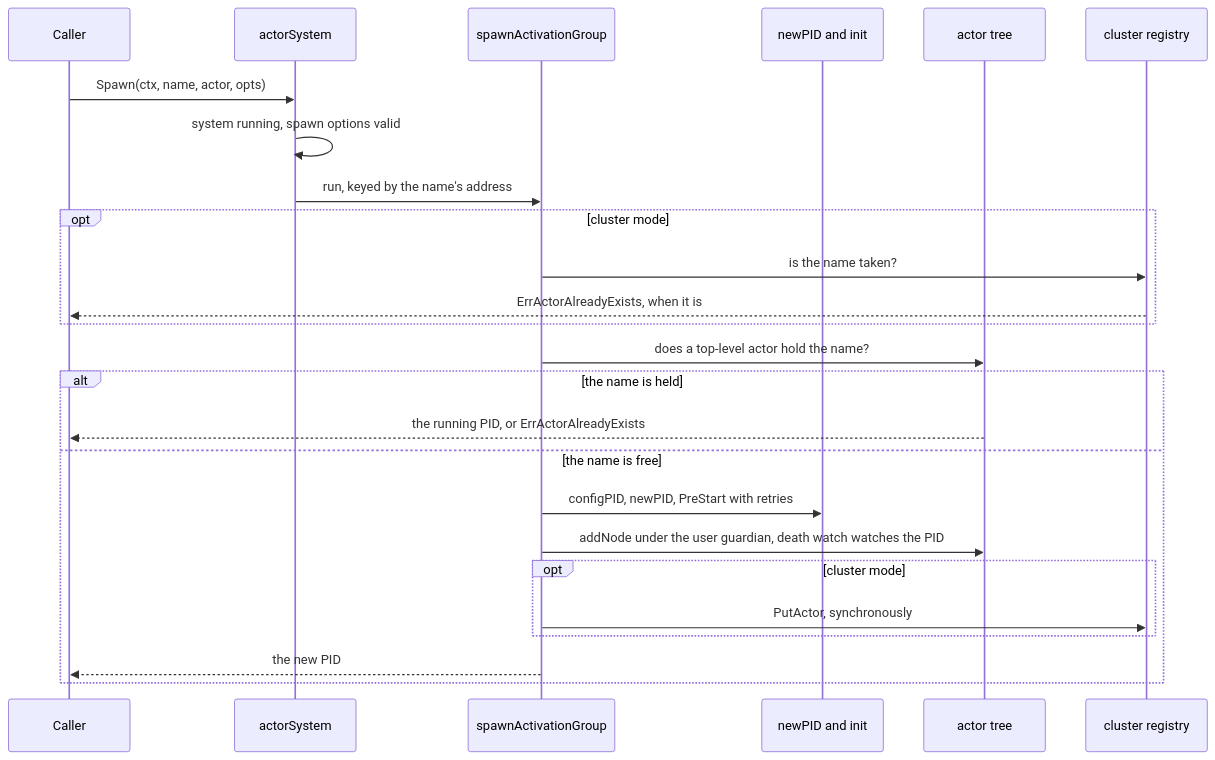
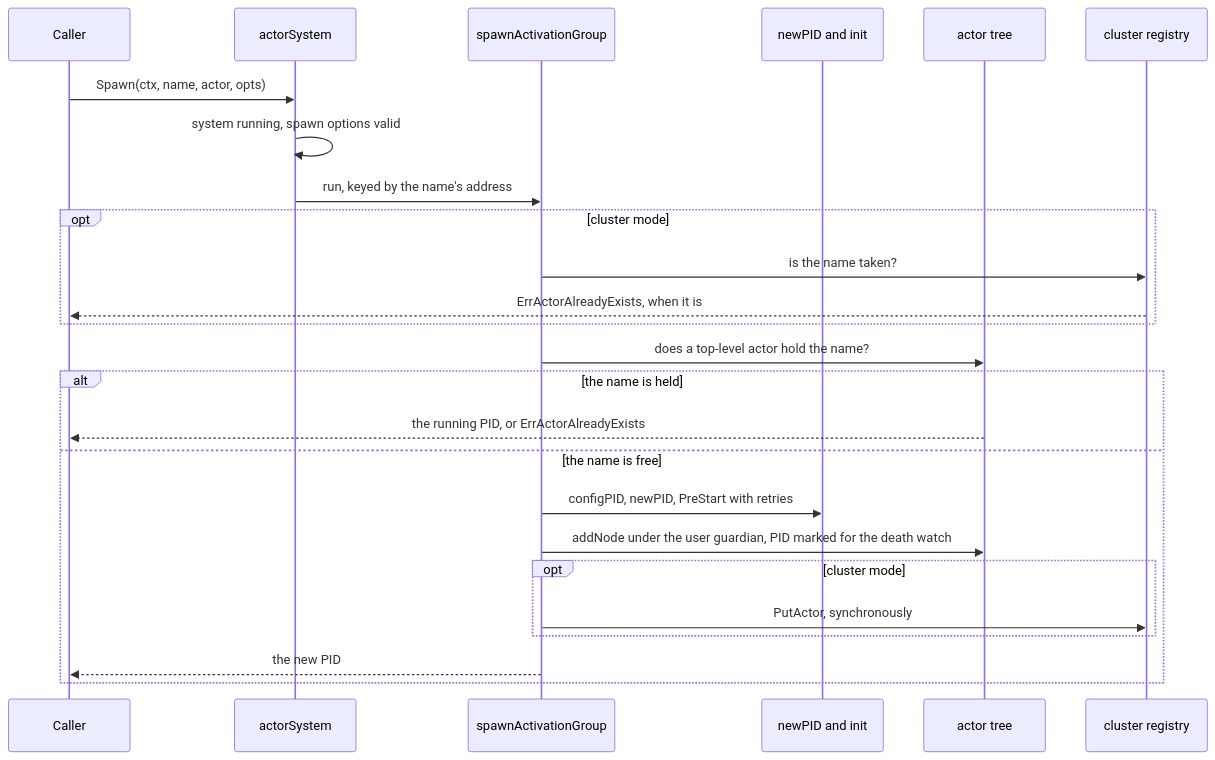
One commit to Tochemey/goakt changed the first of 2 diagrams in book/chapters/chap-04.md. Above: the diagram before and after it, drawn with Mermaid. The commit also changed other lines of this file and 7 other files, not shown here.

````diff
--- a/book/chapters/chap-04.md
+++ b/book/chapters/chap-04.md
@@ -50,27 +50,27 @@
 ```mermaid
 sequenceDiagram
     participant C as Caller
     participant S as actorSystem
     participant F as spawnActivationGroup
     participant P as newPID and init
     participant T as actor tree
     participant R as cluster registry
     C->>S: Spawn(ctx, name, actor, opts)
     S->>S: system running, spawn options valid
     S->>F: run, keyed by the name's address
     opt cluster mode
         F->>R: is the name taken?
         R-->>C: ErrActorAlreadyExists, when it is
     end
     F->>T: does a top-level actor hold the name?
     alt the name is held
         T-->>C: the running PID, or ErrActorAlreadyExists
     else the name is free
         F->>P: configPID, newPID, PreStart with retries
-        F->>T: addNode under the user guardian, death watch watches the PID
+        F->>T: addNode under the user guardian, PID marked for the death watch
         opt cluster mode
             F->>R: PutActor, synchronously
         end
         F-->>C: the new PID
     end
 ```
````
